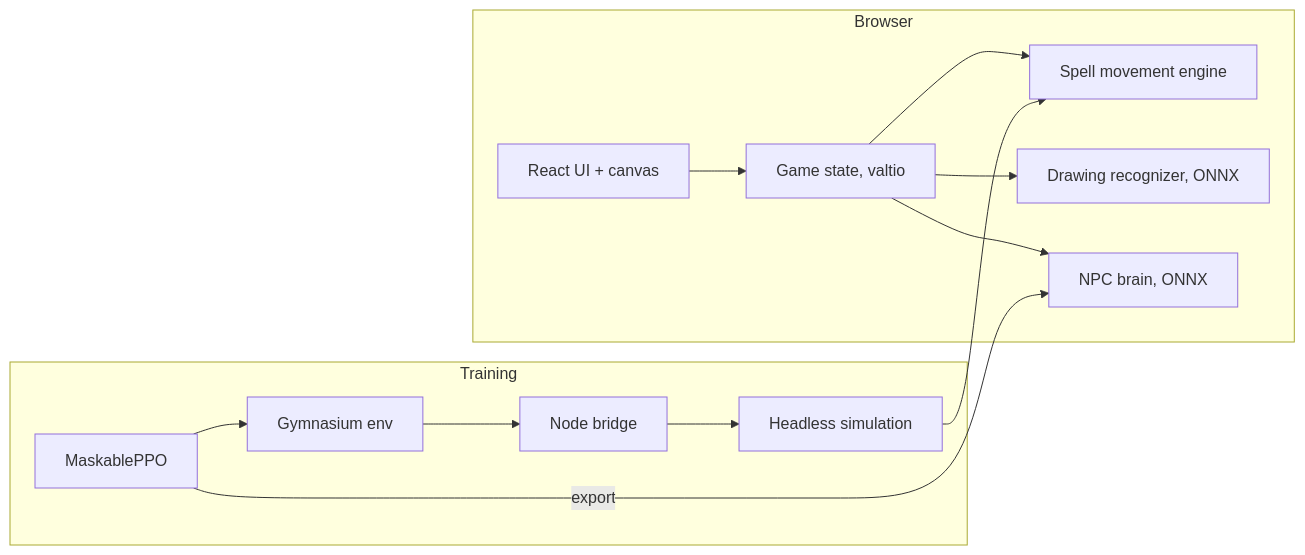
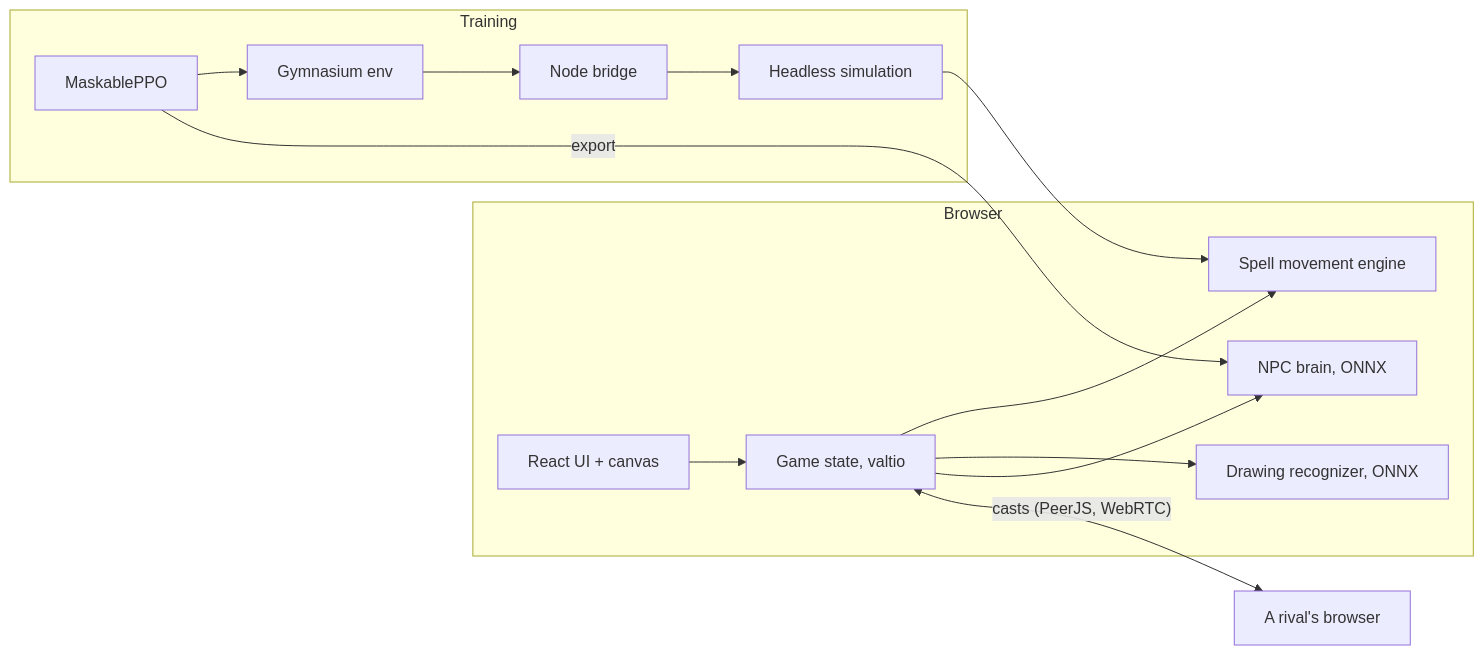
One commit to jamiejamiebobamie/SpellCraft-game changed the diagram in README.md. Above: the diagram before and after it, drawn with Mermaid. The commit also changed other lines of this file and 5 other files, not shown here.

````diff
--- a/README.md
+++ b/README.md
@@ -89,16 +106,17 @@
 ```mermaid
 flowchart LR
   subgraph Browser
     UI[React UI + canvas] --> Game[Game state, valtio]
     Game --> Engine[Spell movement engine]
     Game --> Drawing[Drawing recognizer, ONNX]
     Game --> NPC[NPC brain, ONNX]
   end
+  Game <-->|"casts (PeerJS, WebRTC)"| Rival[A rival's browser]
   subgraph Training
     Sim[Headless simulation] --> Engine
     Bridge[Node bridge] --> Sim
     Gym[Gymnasium env] --> Bridge
     PPO[MaskablePPO] --> Gym
     PPO -- export --> NPC
   end
 ```
````
